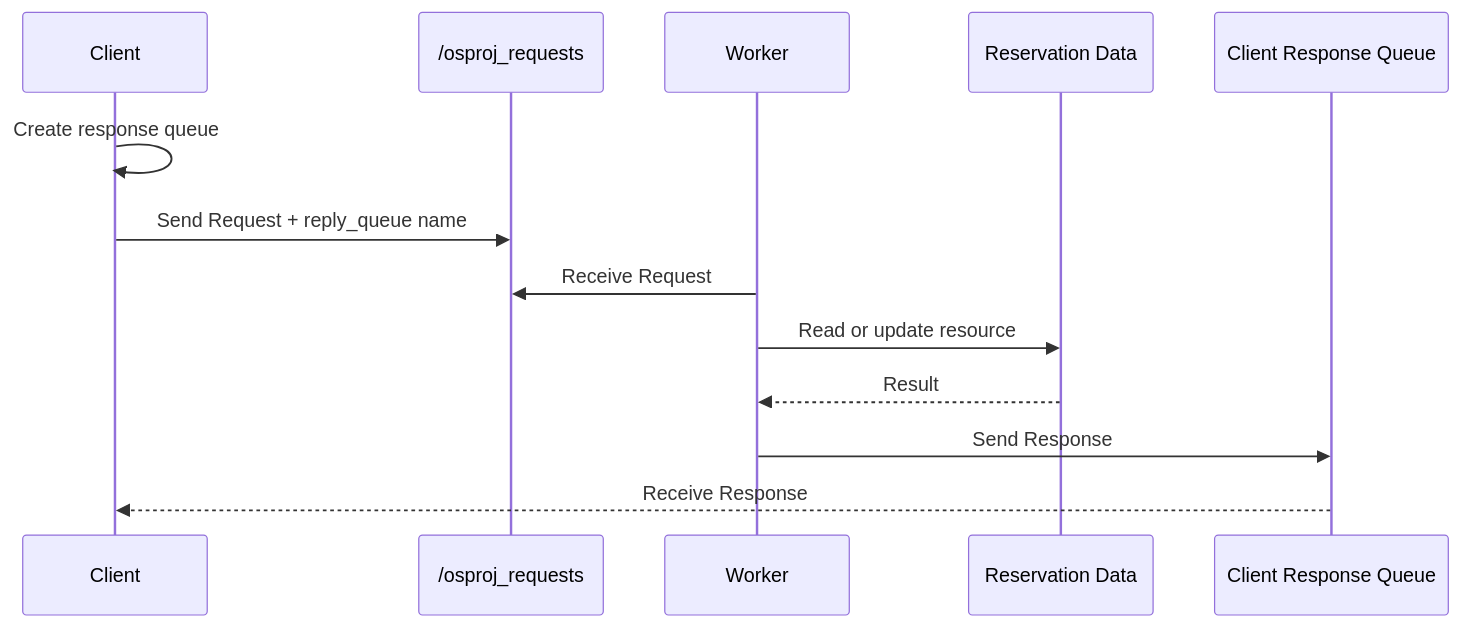
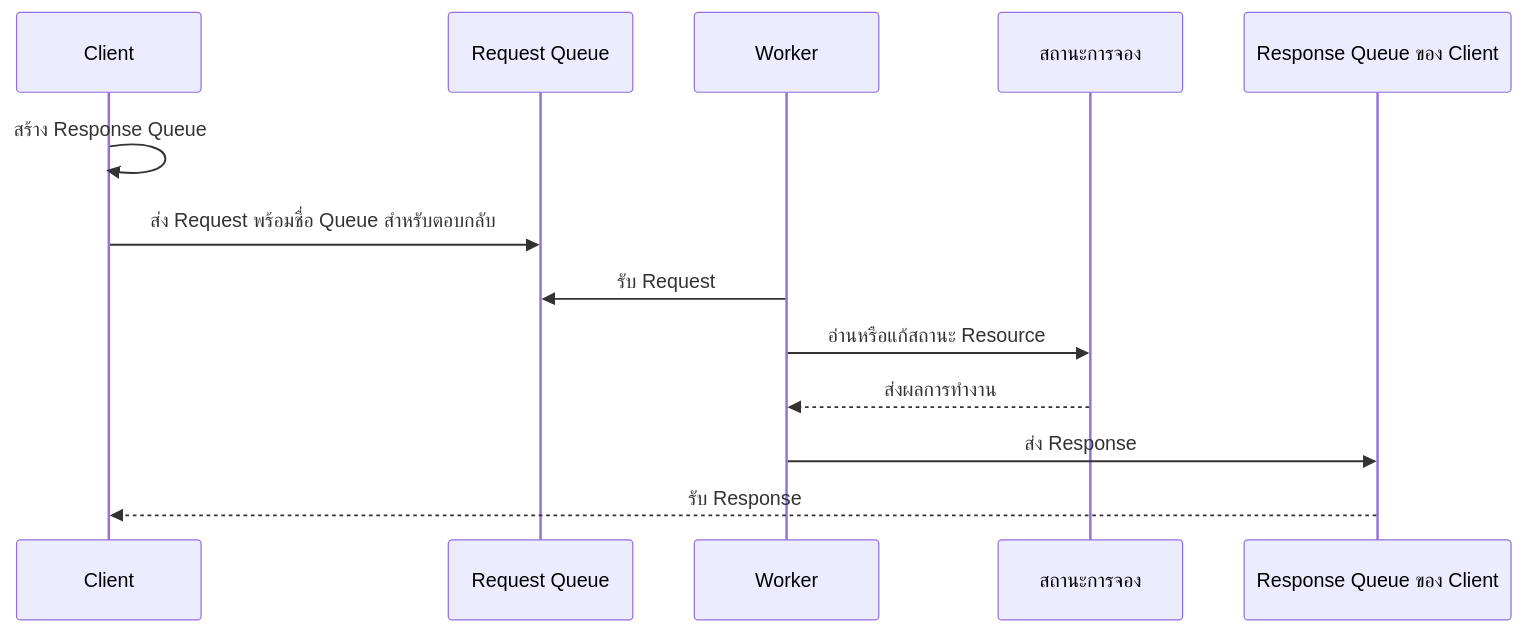
The second of 2 diagrams in docs/architecture.md (Lxwkxy/cinema-seat-reservation), drawn with Mermaid before and after one commit. The commit also changed other lines of this file and 1 other file, not shown here.

````diff
--- a/docs/architecture.md
+++ b/docs/architecture.md
@@ -98,16 +106,16 @@
 ```mermaid
 sequenceDiagram
     participant C as Client
-    participant R as /osproj_requests
+    participant R as Request Queue
     participant W as Worker
-    participant D as Reservation Data
-    participant Q as Client Response Queue
+    participant D as สถานะการจอง
+    participant Q as Response Queue ของ Client
 
-    C->>C: Create response queue
-    C->>R: Send Request + reply_queue name
-    W->>R: Receive Request
-    W->>D: Read or update resource
-    D-->>W: Result
-    W->>Q: Send Response
-    Q-->>C: Receive Response
+    C->>C: สร้าง Response Queue
+    C->>R: ส่ง Request พร้อมชื่อ Queue สำหรับตอบกลับ
+    W->>R: รับ Request
+    W->>D: อ่านหรือแก้สถานะ Resource
+    D-->>W: ส่งผลการทำงาน
+    W->>Q: ส่ง Response
+    Q-->>C: รับ Response
 ```
````
